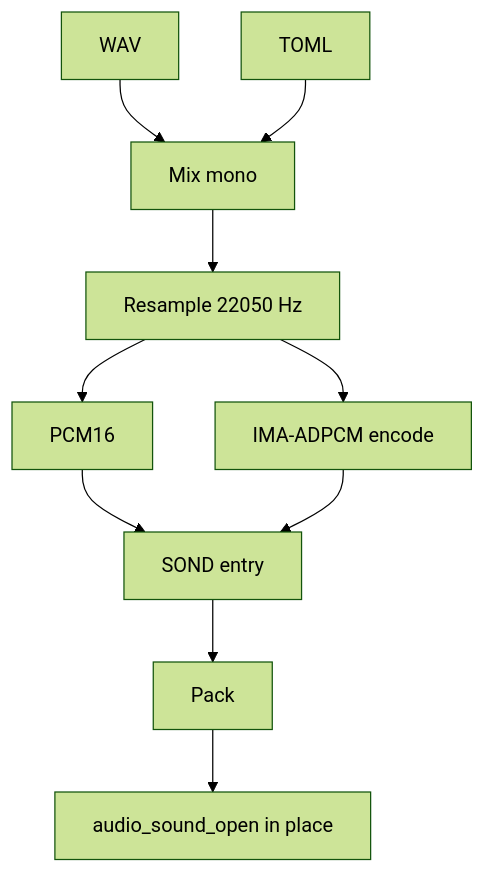
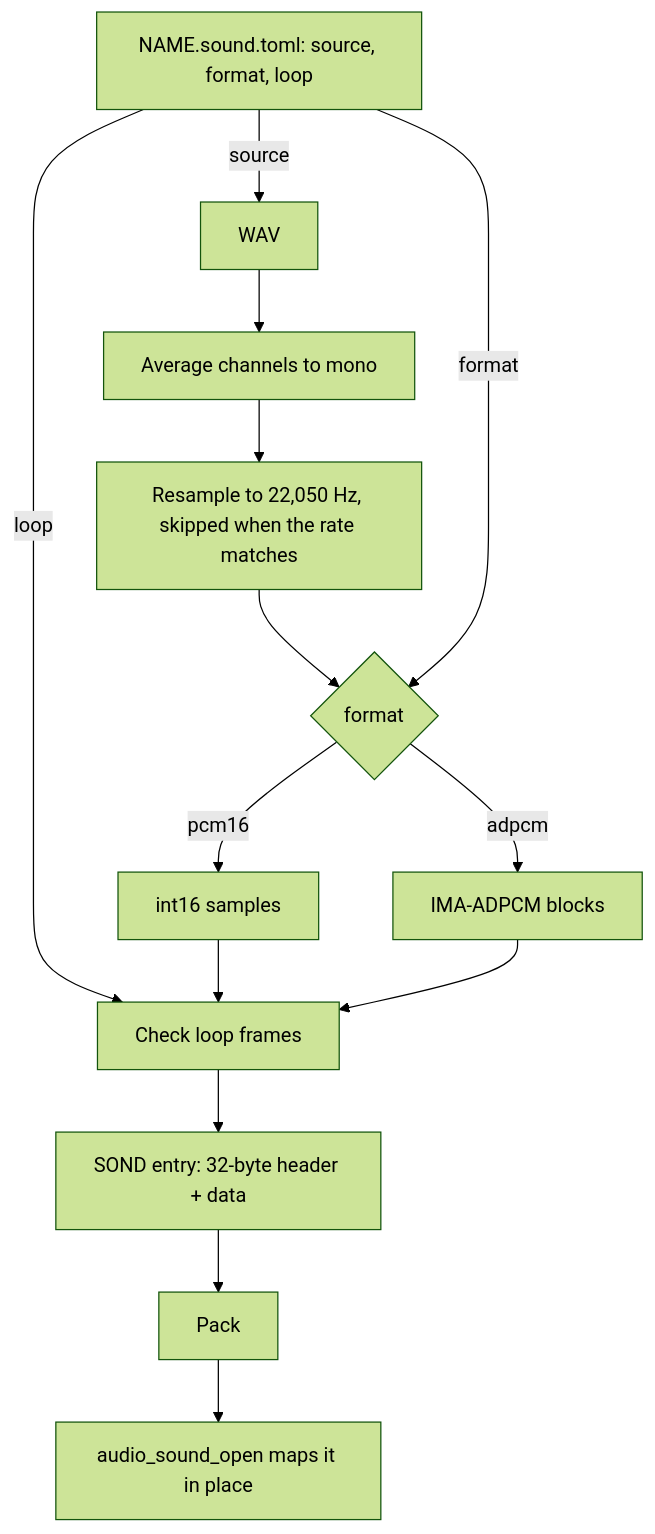
Before and after one commit to jose-villegas/autana: the second of 2 diagrams in docs/assets/README.md, drawn with Mermaid (forest theme). The commit also changed other lines of this file and 18 other files, not shown here.

Commit message:
audio: add sound cursors and close test gaps (autana-cvt.4)

````diff
--- a/docs/assets/README.md
+++ b/docs/assets/README.md
@@ -187,12 +204,16 @@
 ```mermaid
 flowchart TD
-    W[WAV] --> M[Mix mono]
-    T[TOML] --> M
-    M --> R[Resample 22050 Hz]
-    R --> P[PCM16]
-    R --> A[IMA-ADPCM encode]
-    P --> S[SOND entry]
-    A --> S
+    T["NAME.sound.toml: source, format, loop"] -->|source| W[WAV]
+    W --> M[Average channels to mono]
+    M --> R[Resample to 22,050 Hz, skipped when the rate matches]
+    R --> F{format}
+    T -->|format| F
+    F -->|pcm16| P[int16 samples]
+    F -->|adpcm| A[IMA-ADPCM blocks]
+    T -->|loop| L[Check loop frames]
+    P --> L
+    A --> L
+    L --> S[SOND entry: 32-byte header + data]
     S --> K[Pack]
-    K --> O[audio_sound_open in place]
+    K --> O[audio_sound_open maps it in place]
 ```
````
